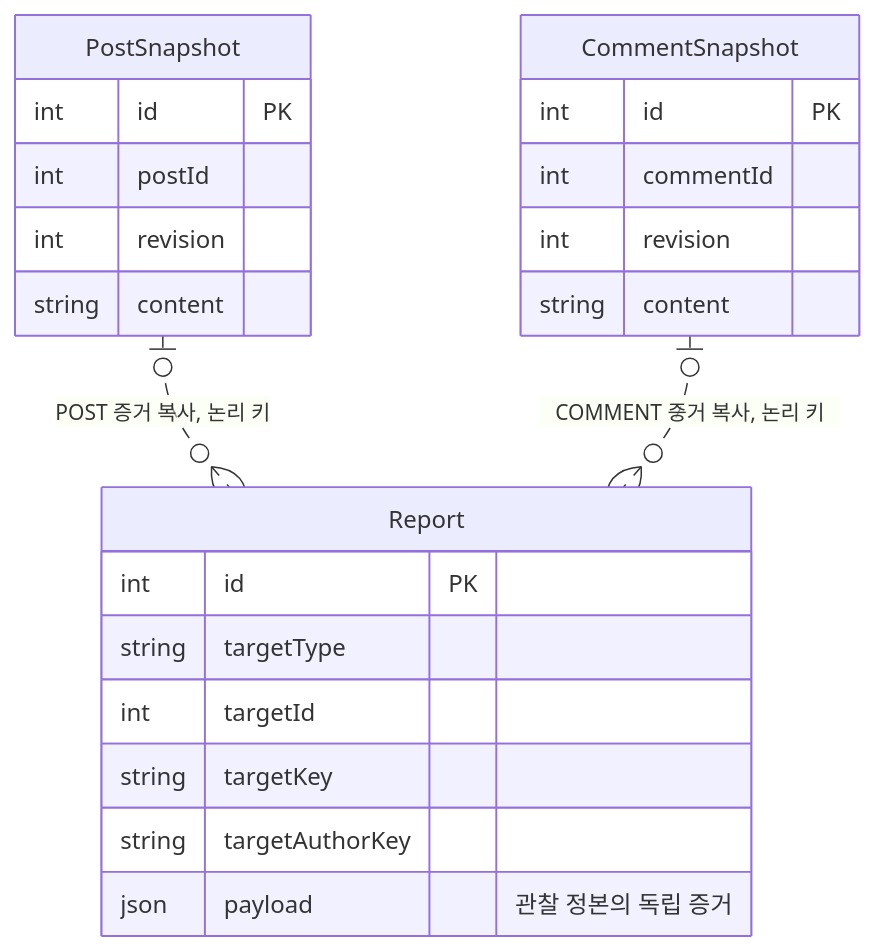
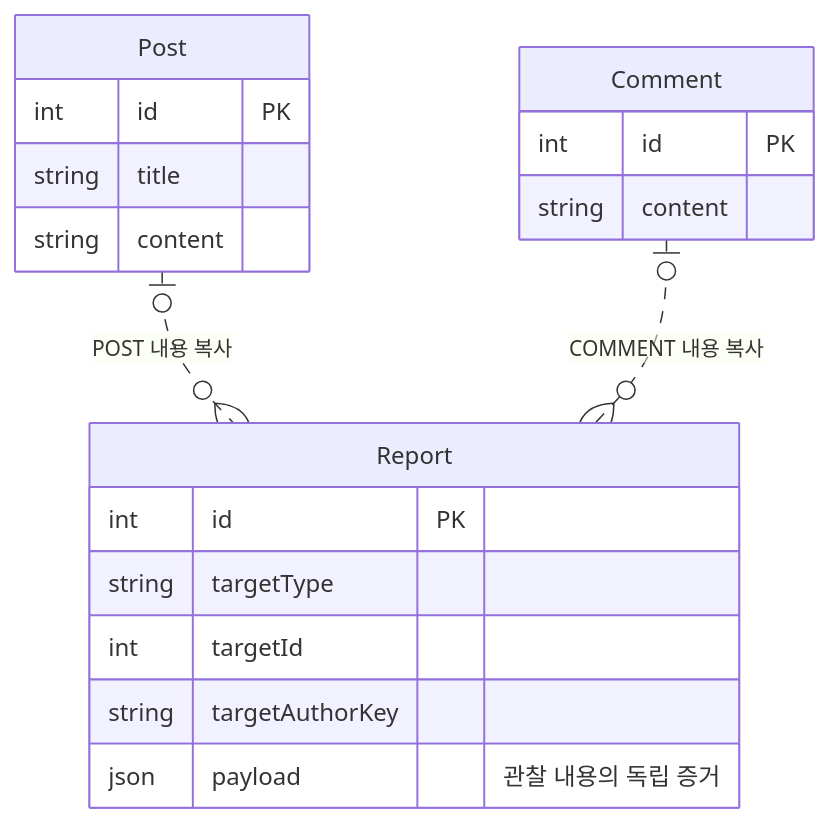
One commit to luke0408/blog-erd changed the third of 12 diagrams in docs/report-management.md. Above: the diagram before and after it, drawn with Mermaid. The commit also changed other lines of this file and 5 other files, not shown here.

Commit message:
docs(erd): reorder student questions by design requirements

````diff
--- a/docs/report-management.md
+++ b/docs/report-management.md
@@ -61,25 +70,21 @@
 ```mermaid
 erDiagram
-    PostSnapshot {
+    Post {
         int id PK
-        int postId
-        int revision
+        string title
         string content
     }
-    CommentSnapshot {
+    Comment {
         int id PK
-        int commentId
-        int revision
         string content
     }
     Report {
         int id PK
         string targetType
         int targetId
-        string targetKey
         string targetAuthorKey
-        json payload "관찰 정본의 독립 증거"
+        json payload "관찰 내용의 독립 증거"
     }
-    PostSnapshot |o..o{ Report : "POST 증거 복사, 논리 키"
-    CommentSnapshot |o..o{ Report : "COMMENT 증거 복사, 논리 키"
+    Post |o..o{ Report : "POST 내용 복사"
+    Comment |o..o{ Report : "COMMENT 내용 복사"
 ```
````
